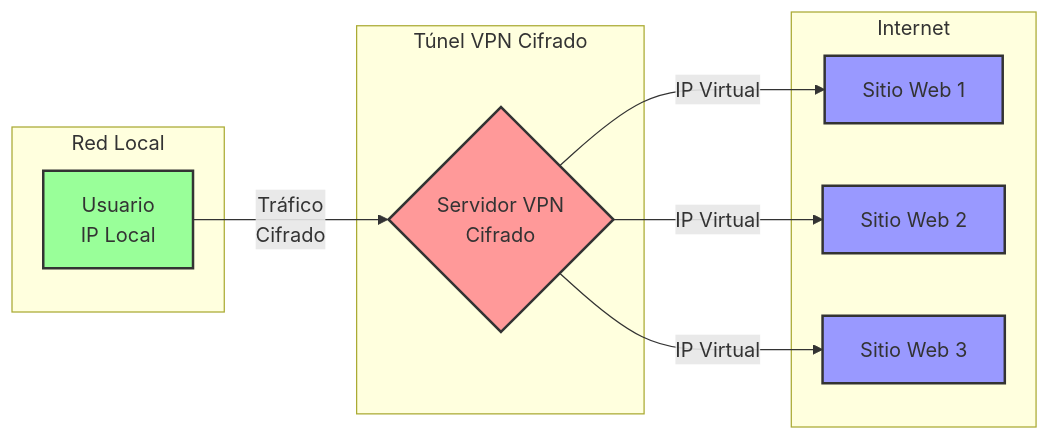
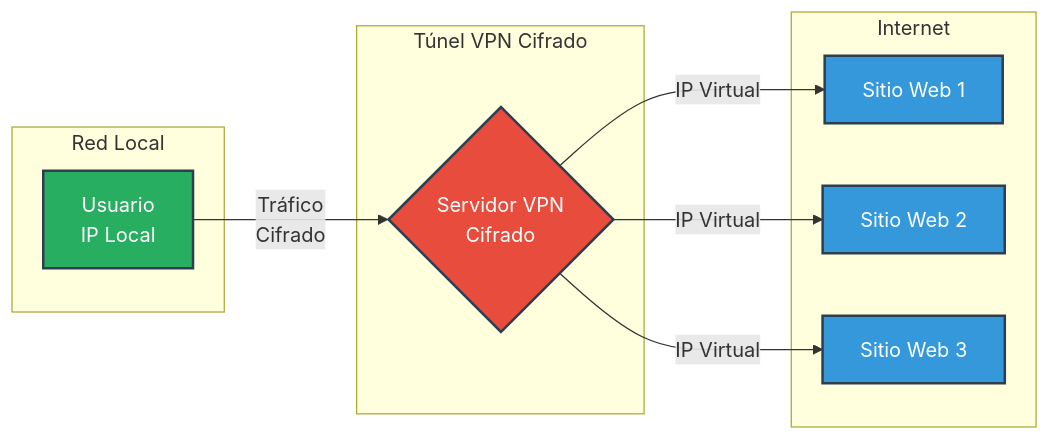
Before and after one commit to ulysses-ck/grupo-redes-ifts-2025: the second of 21 diagrams in tps/tp1.md, drawn with Mermaid. The commit also changed other lines of this file, not shown here.

Commit message:
style: update diagram colors for improved visual consistency across network representations

````diff
--- a/tps/tp1.md
+++ b/tps/tp1.md
@@ -152,27 +152,27 @@
 ```mermaid
 graph LR
     subgraph "Red Local"
         PC[Usuario<br/>IP Local]
     end
     
     subgraph "Túnel VPN Cifrado"
         VPN{Servidor VPN<br/>Cifrado}
     end
     
     subgraph "Internet"
         Web1[Sitio Web 1]
         Web2[Sitio Web 2]
         Web3[Sitio Web 3]
     end
     
     PC -->|"Tráfico<br/>Cifrado"| VPN
     VPN -->|"IP Virtual"| Web1
     VPN -->|"IP Virtual"| Web2
     VPN -->|"IP Virtual"| Web3
     
-    style PC fill:#99ff99,stroke:#333,stroke-width:2px
-    style VPN fill:#ff9999,stroke:#333,stroke-width:2px
-    style Web1 fill:#9999ff,stroke:#333,stroke-width:2px
-    style Web2 fill:#9999ff,stroke:#333,stroke-width:2px
-    style Web3 fill:#9999ff,stroke:#333,stroke-width:2px
+    style PC fill:#27ae60,stroke:#2c3e50,stroke-width:2px,color:#FFFFFF
+    style VPN fill:#e74c3c,stroke:#2c3e50,stroke-width:2px,color:#FFFFFF
+    style Web1 fill:#3498db,stroke:#2c3e50,stroke-width:2px,color:#FFFFFF
+    style Web2 fill:#3498db,stroke:#2c3e50,stroke-width:2px,color:#FFFFFF
+    style Web3 fill:#3498db,stroke:#2c3e50,stroke-width:2px,color:#FFFFFF
 ```
````
